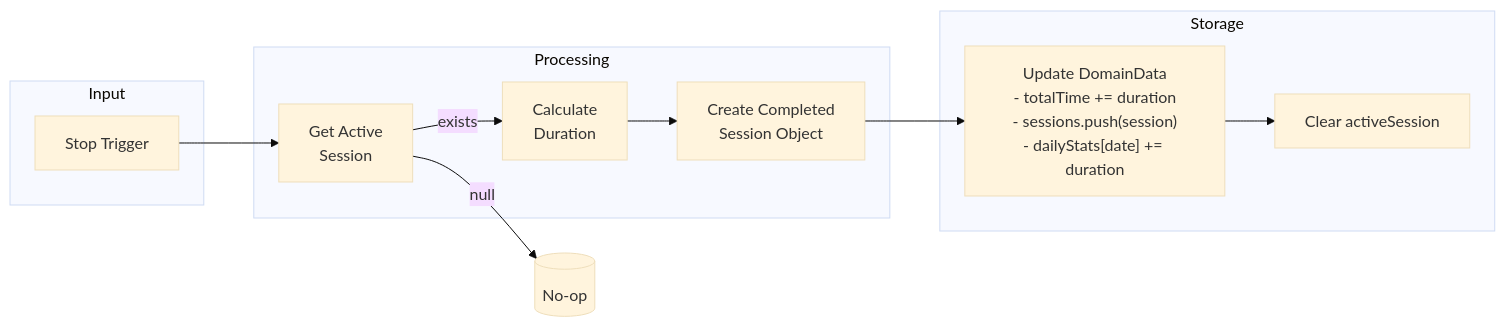
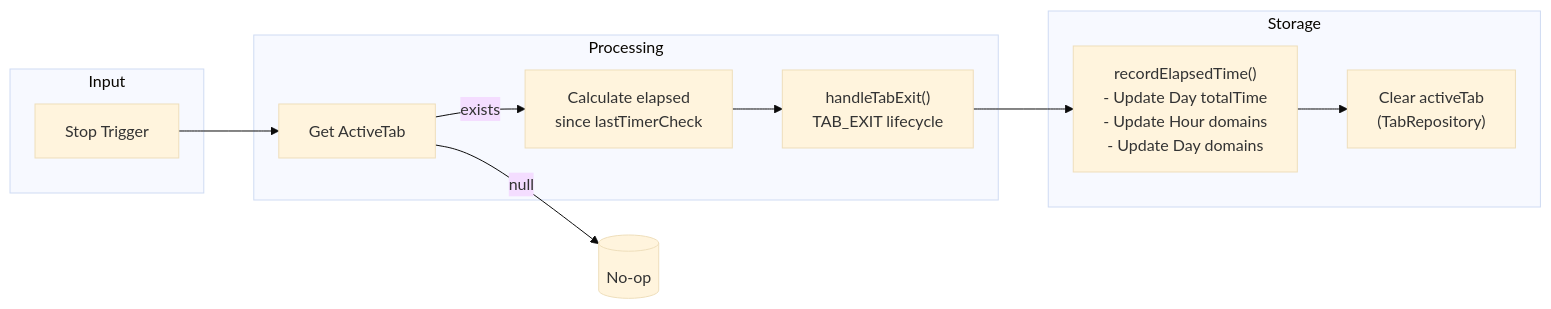
One commit to JayDosunmu/web-time-tracker changed the third of 9 diagrams in docs/architecture-dataflow.md. Above: the diagram before and after it, drawn with Mermaid (base theme). The commit also changed other lines of this file and 4 other files, not shown here.

Commit message:
Update documentation for architecture

````diff
--- a/docs/architecture-dataflow.md
+++ b/docs/architecture-dataflow.md
@@ -115,24 +135,24 @@
 ```mermaid
 flowchart LR
     subgraph Input
         trigger["Stop Trigger"]
     end
 
     subgraph Processing
-        getActive["Get Active<br/>Session"]
-        calcDuration["Calculate<br/>Duration"]
-        createSession["Create Completed<br/>Session Object"]
+        getActive["Get ActiveTab"]
+        calcElapsed["Calculate elapsed<br/>since lastTimerCheck"]
+        tabExit["handleTabExit()<br/>TAB_EXIT lifecycle"]
     end
 
     subgraph Storage
-        updateDomain["Update DomainData<br/>- totalTime += duration<br/>- sessions.push(session)<br/>- dailyStats[date] += duration"]
-        clearActive["Clear activeSession"]
+        recordTime["recordElapsedTime()<br/>- Update Day totalTime<br/>- Update Hour domains<br/>- Update Day domains"]
+        clearActive["Clear activeTab<br/>(TabRepository)"]
     end
 
     trigger --> getActive
-    getActive -->|exists| calcDuration
+    getActive -->|exists| calcElapsed
     getActive -->|null| X[("No-op")]
-    calcDuration --> createSession
-    createSession --> updateDomain
-    updateDomain --> clearActive
+    calcElapsed --> tabExit
+    tabExit --> recordTime
+    recordTime --> clearActive
 ```
````
